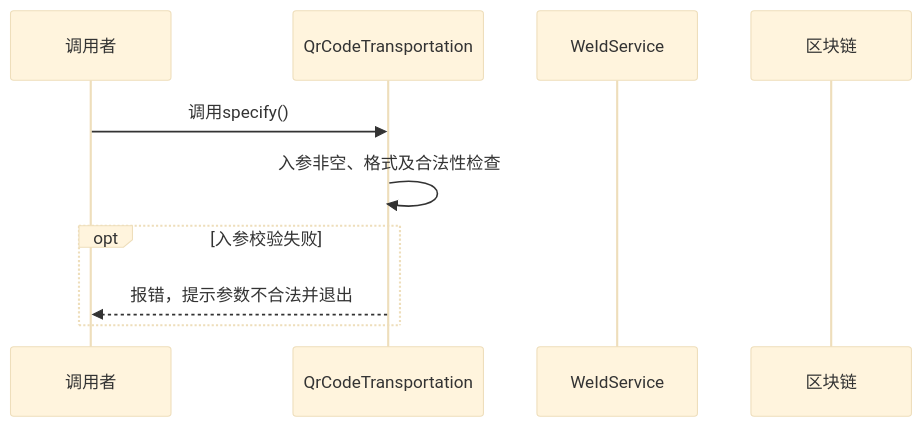
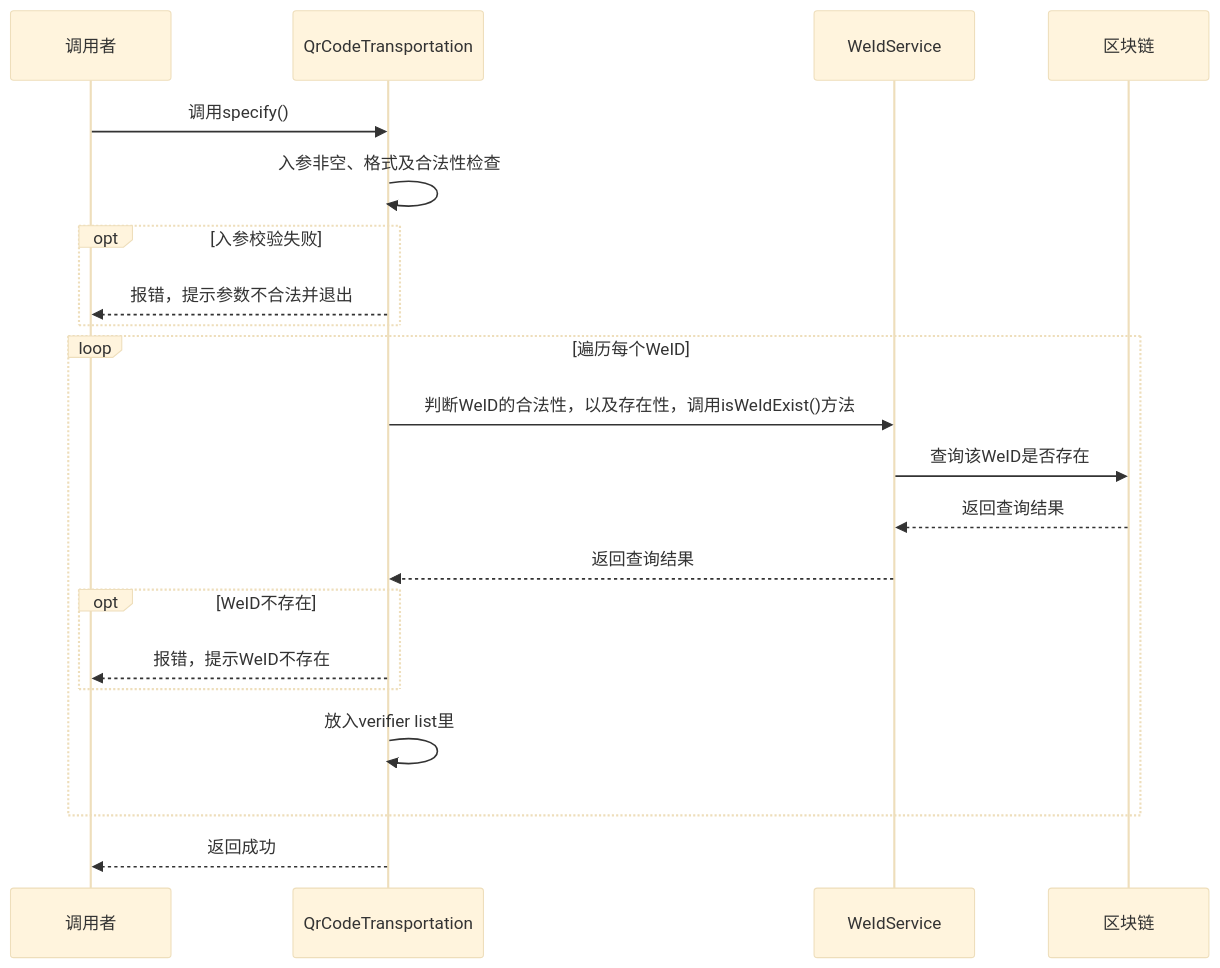
Before and after one commit to WeBankBlockchain/WeIdentity: diagram 35 of 37 in docs/zh_CN/docs/weidentity-java-sdk-doc.rst, drawn with Mermaid (base theme). The commit also changed other lines of this file, not shown here.

Commit message:
* fix sequence diagram error

```diff
--- a/docs/zh_CN/docs/weidentity-java-sdk-doc.rst
+++ b/docs/zh_CN/docs/weidentity-java-sdk-doc.rst
@@ -10886,13 +10886,24 @@
 .. mermaid::
 
 
    sequenceDiagram
    participant 调用者
    participant QrCodeTransportation
    participant WeIdService
    participant 区块链
    调用者->>QrCodeTransportation: 调用specify()
    QrCodeTransportation->>QrCodeTransportation: 入参非空、格式及合法性检查
    opt 入参校验失败
    QrCodeTransportation-->>调用者: 报错，提示参数不合法并退出
    end
+   loop 遍历每个WeID
+   QrCodeTransportation->>WeIdService: 判断WeID的合法性，以及存在性，调用isWeIdExist()方法
+   WeIdService->>区块链: 查询该WeID是否存在
+   区块链-->>WeIdService: 返回查询结果
+   WeIdService-->>QrCodeTransportation: 返回查询结果
+   opt WeID不存在
+   QrCodeTransportation-->>调用者: 报错，提示WeID不存在
+   end
+   QrCodeTransportation->>QrCodeTransportation: 放入verifier list里
+   end
+   QrCodeTransportation-->>调用者: 返回成功
```
